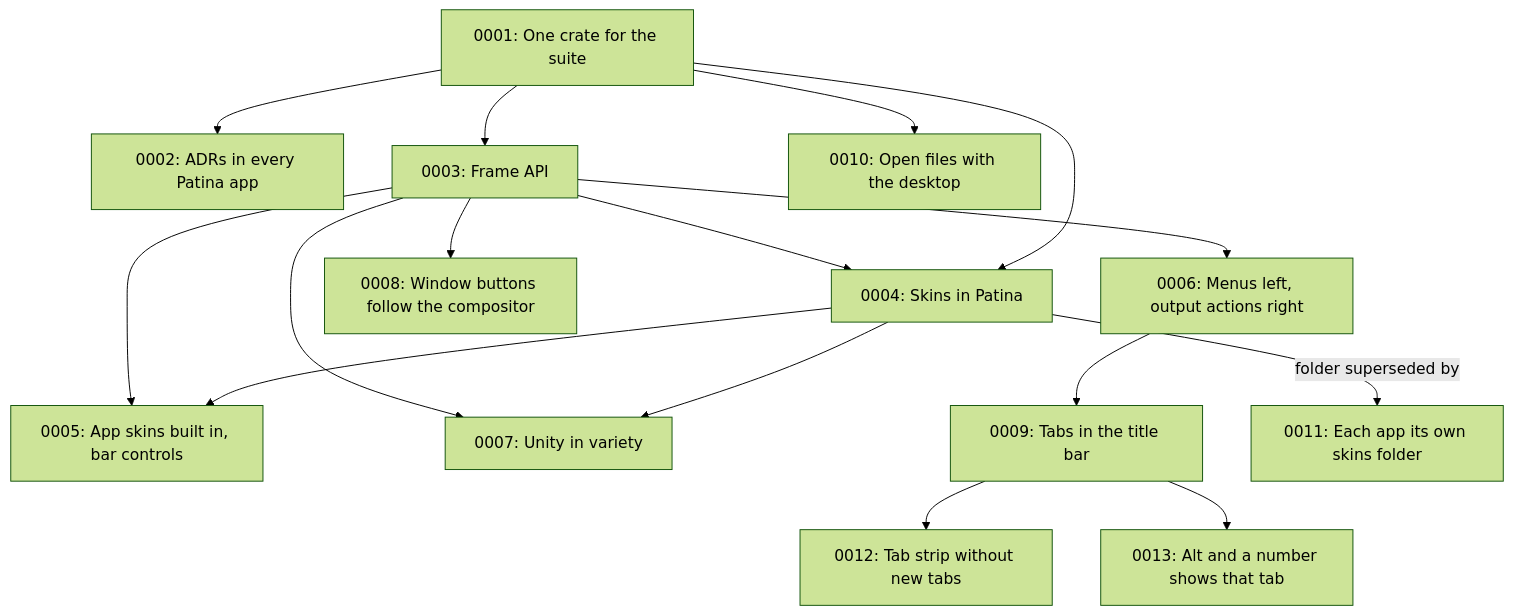
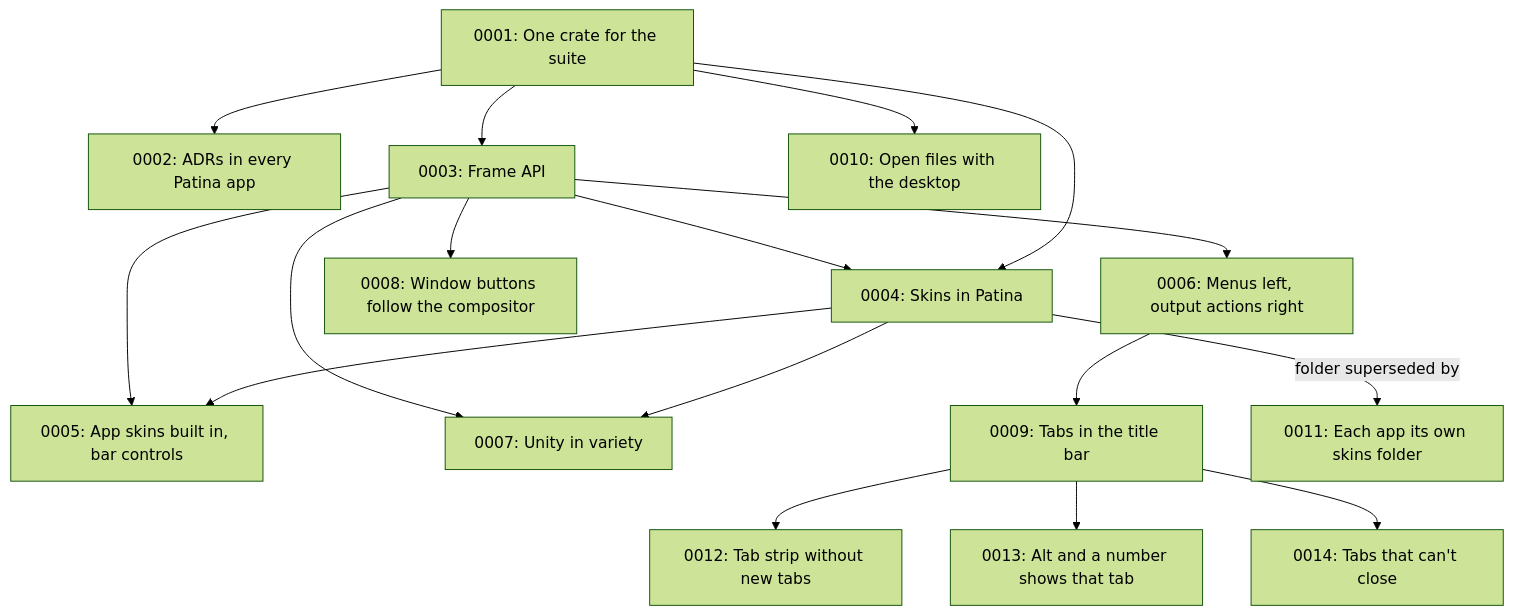
One commit to Sector-F-Labs/patina changed the diagram in docs/adr/README.md. Above: the diagram before and after it, drawn with Mermaid (forest theme). The commit also changed other lines of this file and 5 other files, not shown here.

Commit message:
TabStrip: tabs that can't be closed, closable(false) (ADR-0014)

````diff
--- a/docs/adr/README.md
+++ b/docs/adr/README.md
@@ -61,18 +62,19 @@
 ```mermaid
 flowchart TD
     A[0001: One crate for the suite] --> B[0002: ADRs in every Patina app]
     A --> C[0003: Frame API]
     A --> D[0004: Skins in Patina]
     C --> D
     D --> E[0005: App skins built in, bar controls]
     C --> F[0006: Menus left, output actions right]
     C --> E
     D --> G[0007: Unity in variety]
     C --> G
     C --> H[0008: Window buttons follow the compositor]
     F --> I[0009: Tabs in the title bar]
     A --> J[0010: Open files with the desktop]
     D -->|folder superseded by| K[0011: Each app its own skins folder]
     I --> L[0012: Tab strip without new tabs]
     I --> M[0013: Alt and a number shows that tab]
+    I --> N[0014: Tabs that can't close]
 ```
````
